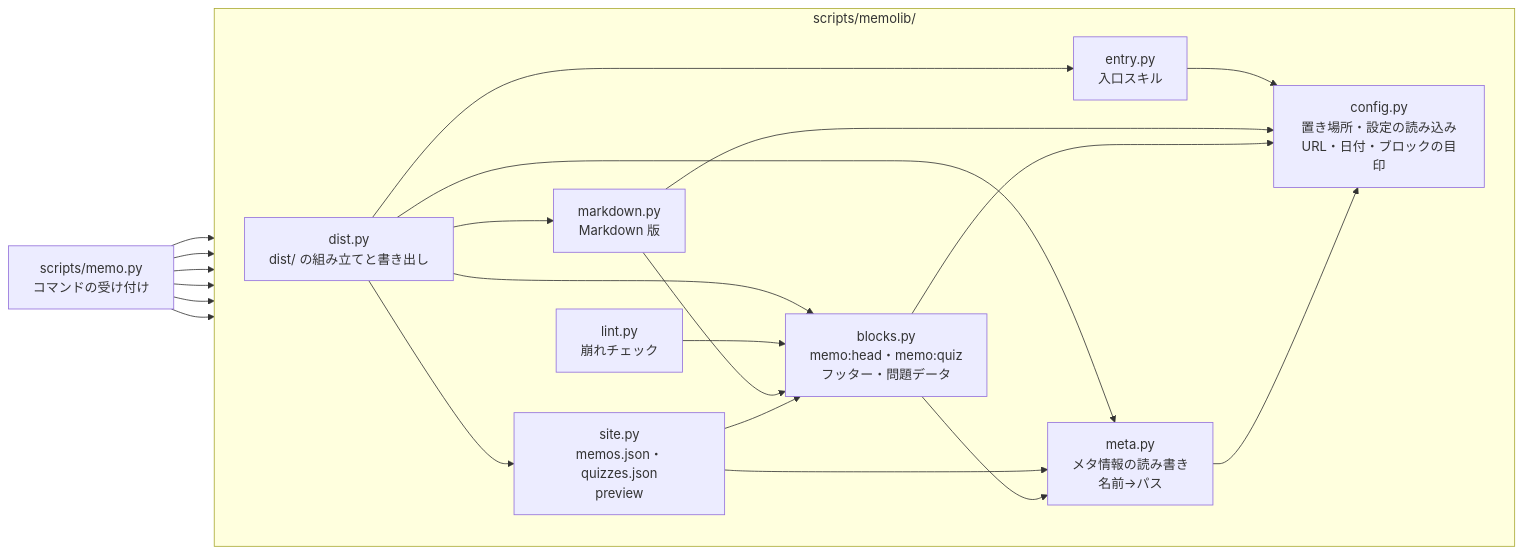
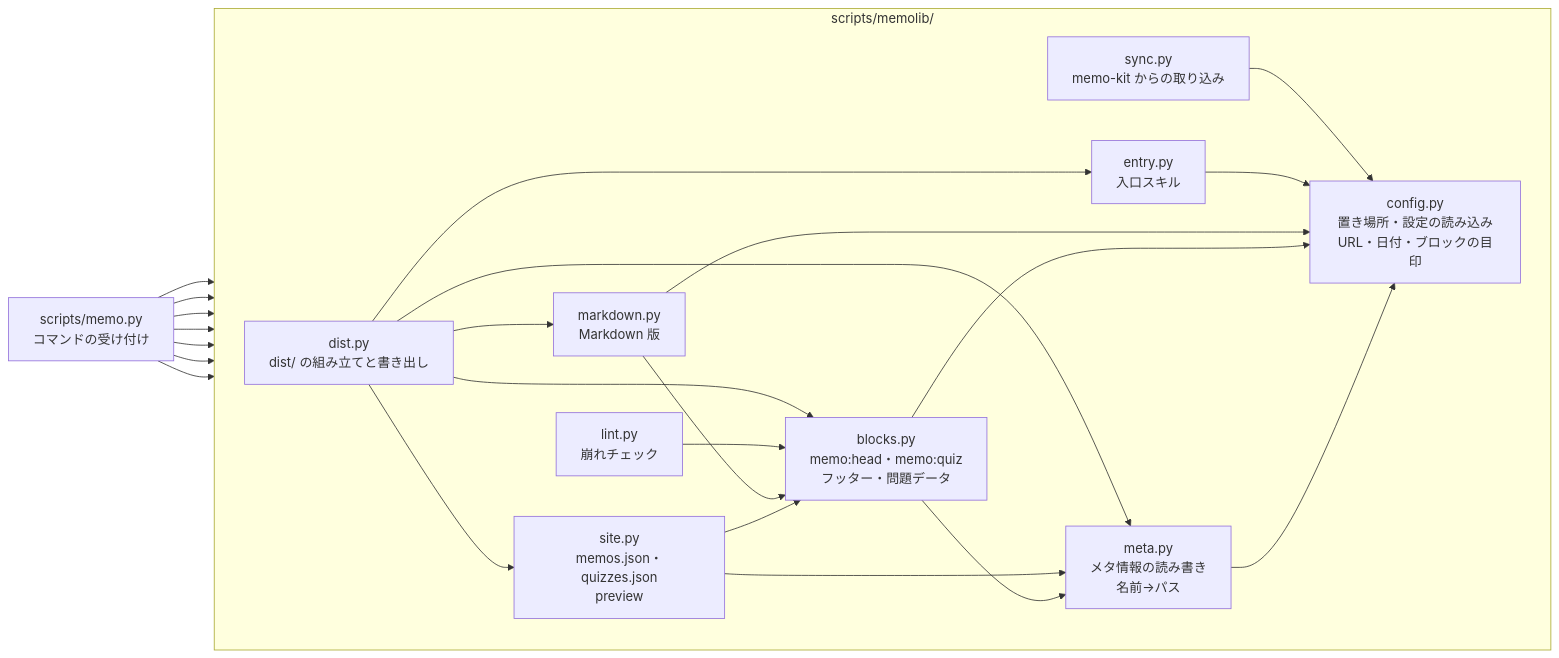
Before and after one commit to taka1156/memo-kit: the tenth of 10 diagrams in memo-detail.md, drawn with Mermaid. The commit also changed other lines of this file and 16 other files, not shown here.

First line of the commit message:
すぐ効く修正: 公開前のテスト・公開ファイルの許可リスト・push 手順の安全化・memo-kit との同期

````diff
--- a/memo-detail.md
+++ b/memo-detail.md
@@ -479,26 +485,28 @@
 ```mermaid
 flowchart LR
   cli["scripts/memo.py<br/>コマンドの受け付け"]
   subgraph lib["scripts/memolib/"]
     direction LR
     config["config.py<br/>置き場所・設定の読み込み<br/>URL・日付・ブロックの目印"]
     entry["entry.py<br/>入口スキル"]
     meta["meta.py<br/>メタ情報の読み書き<br/>名前→パス"]
     blocks["blocks.py<br/>memo:head・memo:quiz<br/>フッター・問題データ"]
     lint["lint.py<br/>崩れチェック"]
     md["markdown.py<br/>Markdown 版"]
     site["site.py<br/>memos.json・quizzes.json<br/>preview"]
     dist["dist.py<br/>dist/ の組み立てと書き出し"]
+    sync["sync.py<br/>memo-kit からの取り込み"]
   end
-  cli --> dist & lint & site & meta & md & config
+  cli --> dist & lint & site & meta & md & config & sync
+  sync --> config
   dist --> md & site & blocks & entry & meta
   entry --> config
   lint --> blocks
   md --> blocks
   site --> blocks
   site --> meta
   blocks --> meta
   md --> config
   blocks --> config
   meta --> config
 ```
````
